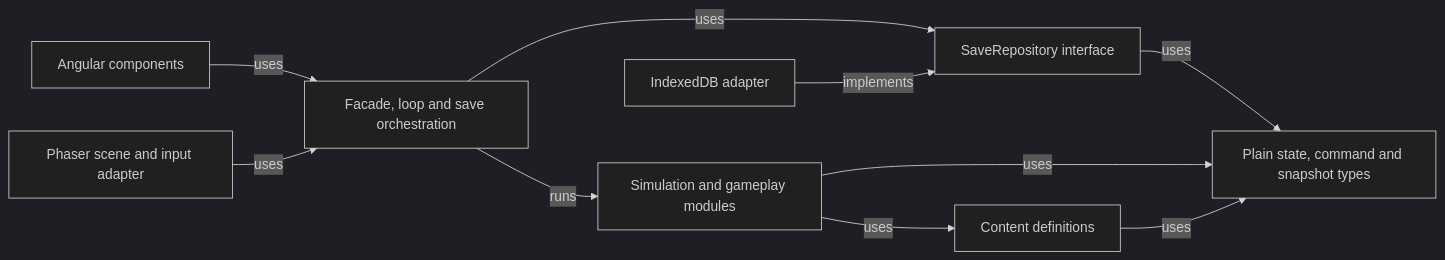
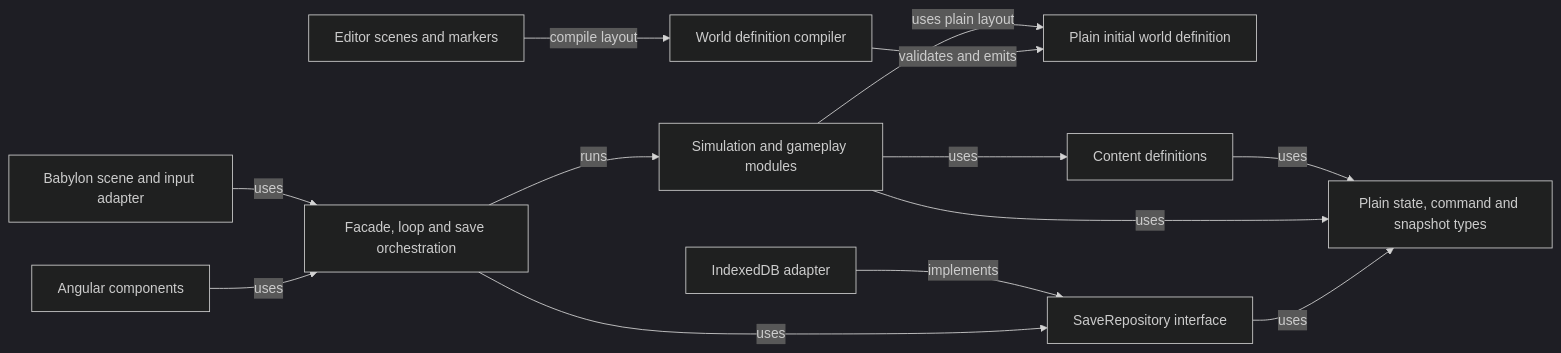
The first of 5 diagrams in docs/plans/README.md (Googlproxer/Scrapworks), drawn with Mermaid (dark theme) before and after one commit. The commit also changed other lines of this file and 393 other files, not shown here.

````diff
--- a/docs/plans/README.md
+++ b/docs/plans/README.md
@@ -281,21 +113,27 @@
 ```mermaid
 flowchart LR
     Angular[Angular components]
-    Phaser[Phaser scene and input adapter]
+    Babylon[Babylon scene and input adapter]
+    Editor[Editor scenes and markers]
+    Compiler[World definition compiler]
+    Definition[Plain initial world definition]
     IndexedDb[IndexedDB adapter]
     Application[Facade, loop and save orchestration]
     Simulation[Simulation and gameplay modules]
     Content[Content definitions]
     Model[Plain state, command and snapshot types]
     Port[SaveRepository interface]
 
+    Editor -->|compile layout| Compiler
+    Compiler -->|validates and emits| Definition
+    Simulation -->|uses plain layout| Definition
     Angular -->|uses| Application
-    Phaser -->|uses| Application
+    Babylon -->|uses| Application
     Application -->|runs| Simulation
     Application -->|uses| Port
     IndexedDb -->|implements| Port
     Port -->|uses| Model
     Simulation -->|uses| Content
     Simulation -->|uses| Model
     Content -->|uses| Model
 ```
````
